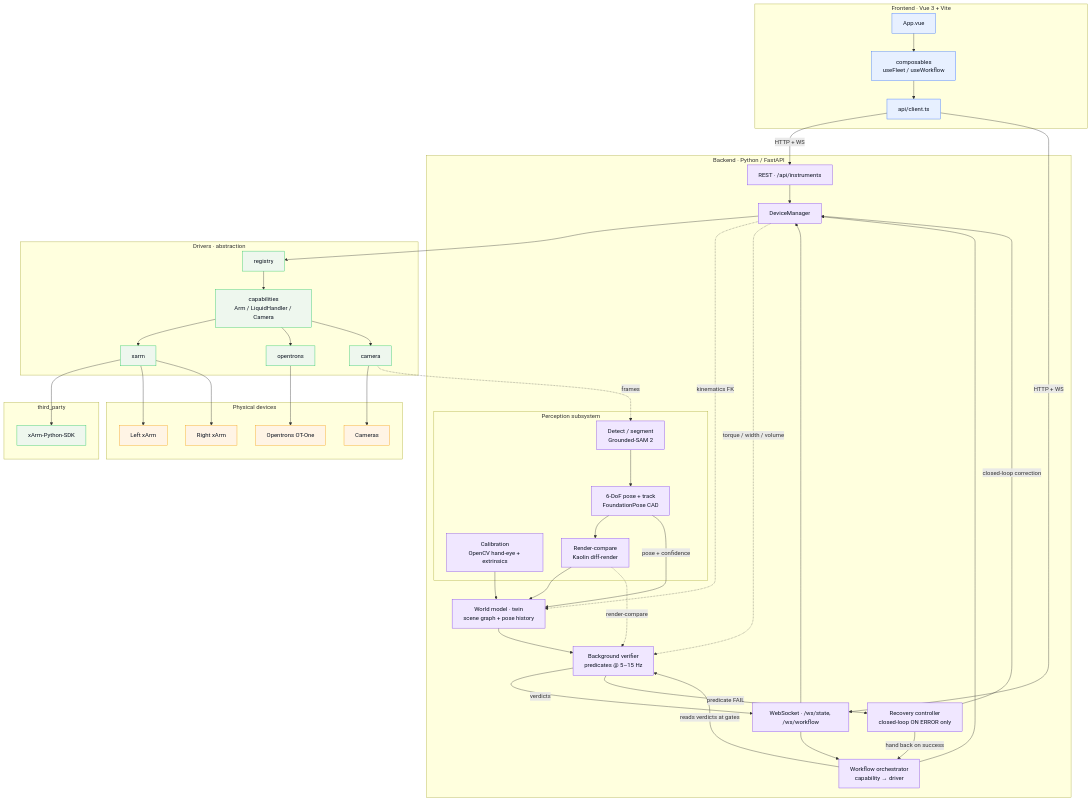
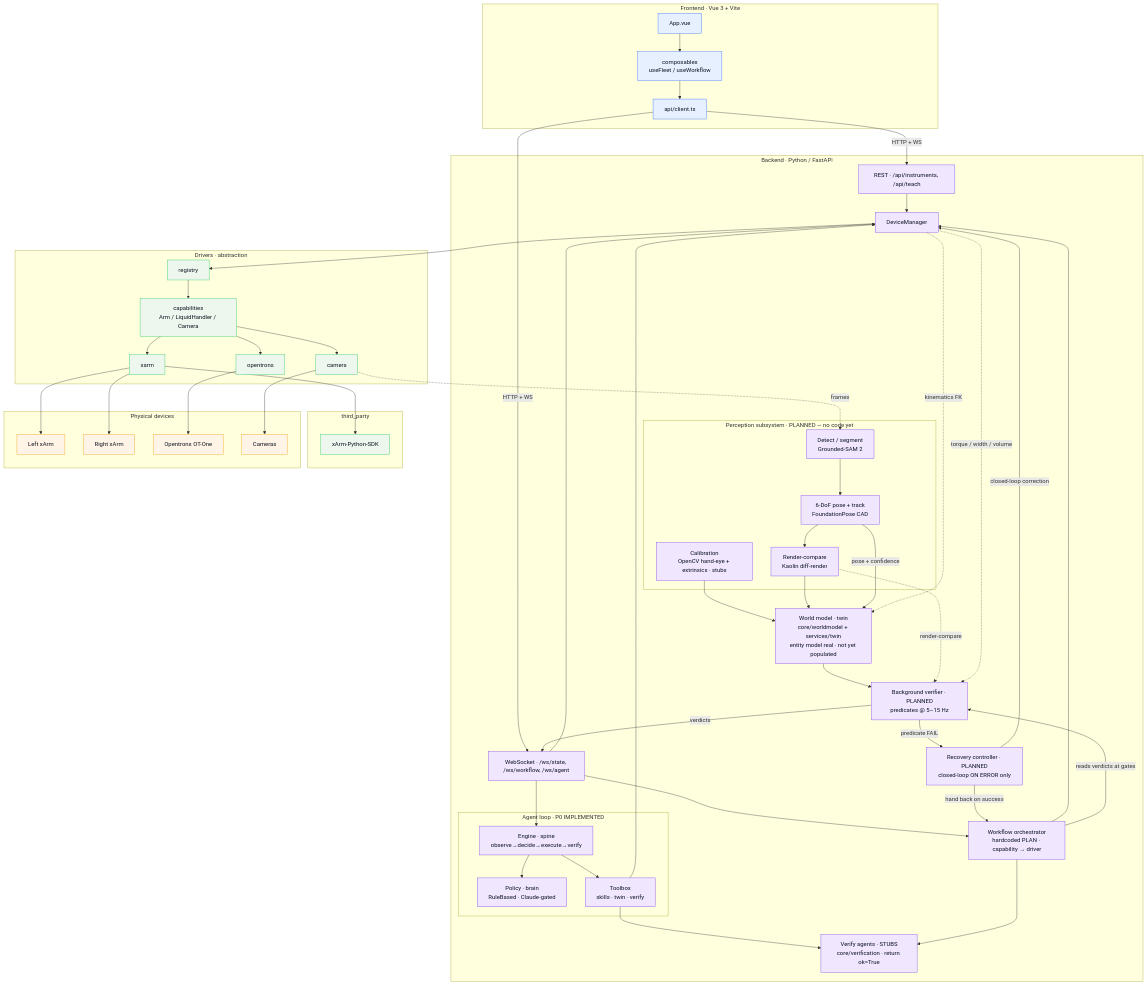
One commit to Lbromig/hackathon-zeon changed the diagram in docs/ARCHITECTURE.md. Above: the diagram before and after it, drawn with Mermaid. The commit also changed other lines of this file and 3 other files, not shown here.

Commit message:
docs(pm): reanalyze 2026-07-25T22:55:49Z — verification stubs flagged as top demo risk; add agent-loop to architecture, seed OPEN_QUESTIONS + VISION, fix config path

```diff
--- a/docs/ARCHITECTURE.md
+++ b/docs/ARCHITECTURE.md
@@ -17,19 +17,25 @@
   end
 
   subgraph BE[Backend · Python / FastAPI]
-    REST[REST · /api/instruments]:::be
-    WS[WebSocket · /ws/state, /ws/workflow]:::be
+    REST[REST · /api/instruments, /api/teach]:::be
+    WS[WebSocket · /ws/state, /ws/workflow, /ws/agent]:::be
     DM[DeviceManager]:::be
-    WF[Workflow orchestrator<br/>capability → driver]:::be
-    subgraph PER[Perception subsystem]
-      CAL[Calibration<br/>OpenCV hand-eye + extrinsics]:::be
+    WF[Workflow orchestrator<br/>hardcoded PLAN · capability → driver]:::be
+    subgraph AG[Agent loop · P0 IMPLEMENTED]
+      ENG[Engine · spine<br/>observe→decide→execute→verify]:::be
+      POL[Policy · brain<br/>RuleBased · Claude-gated]:::be
+      TB[Toolbox<br/>skills · twin · verify]:::be
+    end
+    VER[Verify agents · STUBS<br/>core/verification · return ok=True]:::be
+    subgraph PER[Perception subsystem · PLANNED — no code yet]
+      CAL[Calibration<br/>OpenCV hand-eye + extrinsics · stubs]:::be
       DET[Detect / segment<br/>Grounded-SAM 2]:::be
       POSE[6-DoF pose + track<br/>FoundationPose CAD]:::be
       RC[Render-compare<br/>Kaolin diff-render]:::be
     end
-    WM[World model · twin<br/>scene graph + pose history]:::be
-    BV[Background verifier<br/>predicates @ 5–15 Hz]:::be
-    REC[Recovery controller<br/>closed-loop ON ERROR only]:::be
+    WM[World model · twin<br/>core/worldmodel + services/twin<br/>entity model real · not yet populated]:::be
+    BV[Background verifier · PLANNED<br/>predicates @ 5–15 Hz]:::be
+    REC[Recovery controller · PLANNED<br/>closed-loop ON ERROR only]:::be
   end
 
   subgraph DR[Drivers · abstraction]
@@ -57,7 +63,13 @@
   REST --> DM
   WS --> DM
   WS --> WF
+  WS --> ENG
   WF --> DM
+  ENG --> POL
+  ENG --> TB
+  TB --> DM
+  TB --> VER
+  WF --> VER
   DM --> REG --> CAP
   CAP --> XA
   CAP --> OT
```
